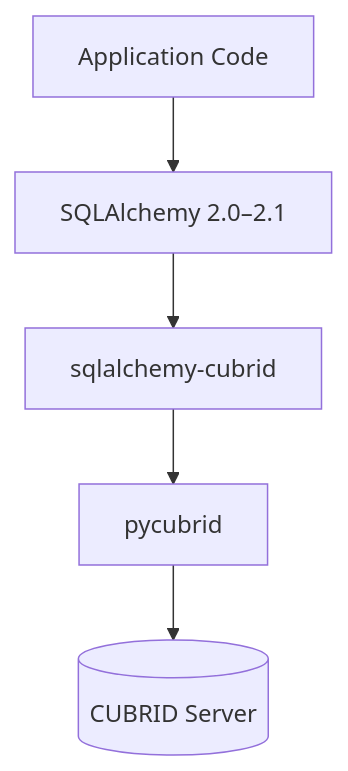
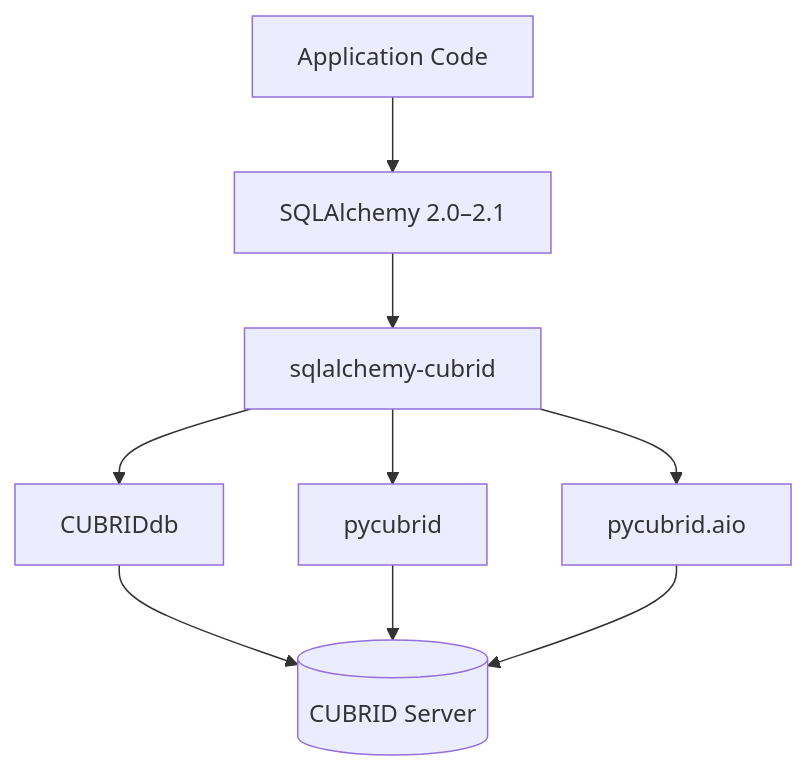
Before and after one commit to cubrid-labs/sqlalchemy-cubrid: the diagram in docs/QUICKSTART.md, drawn with Mermaid. The commit also changed other lines of this file and 14 other files, not shown here.

````diff
--- a/docs/QUICKSTART.md
+++ b/docs/QUICKSTART.md
@@ -49,7 +55,11 @@
 ```mermaid
 flowchart TD
     app[Application Code] --> sa[SQLAlchemy 2.0–2.1]
     sa --> dialect[sqlalchemy-cubrid]
-    dialect --> driver[pycubrid]
-    driver --> db[(CUBRID Server)]
+    dialect --> cext[CUBRIDdb]
+    dialect --> pure[pycubrid]
+    dialect --> aio[pycubrid.aio]
+    cext --> db[(CUBRID Server)]
+    pure --> db
+    aio --> db
 ```
````
